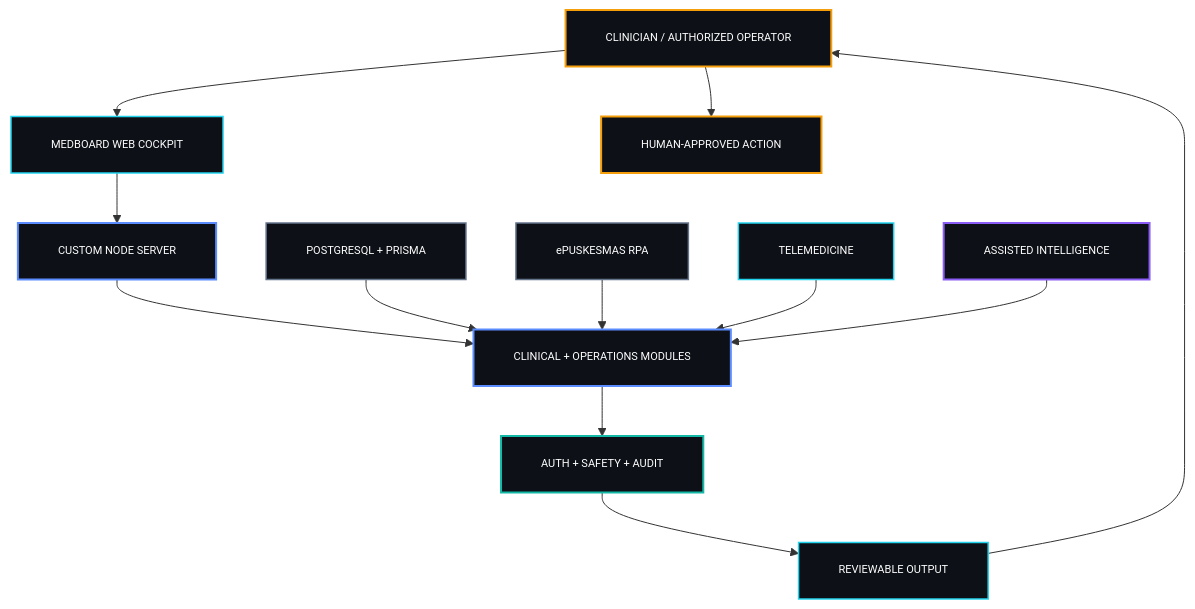
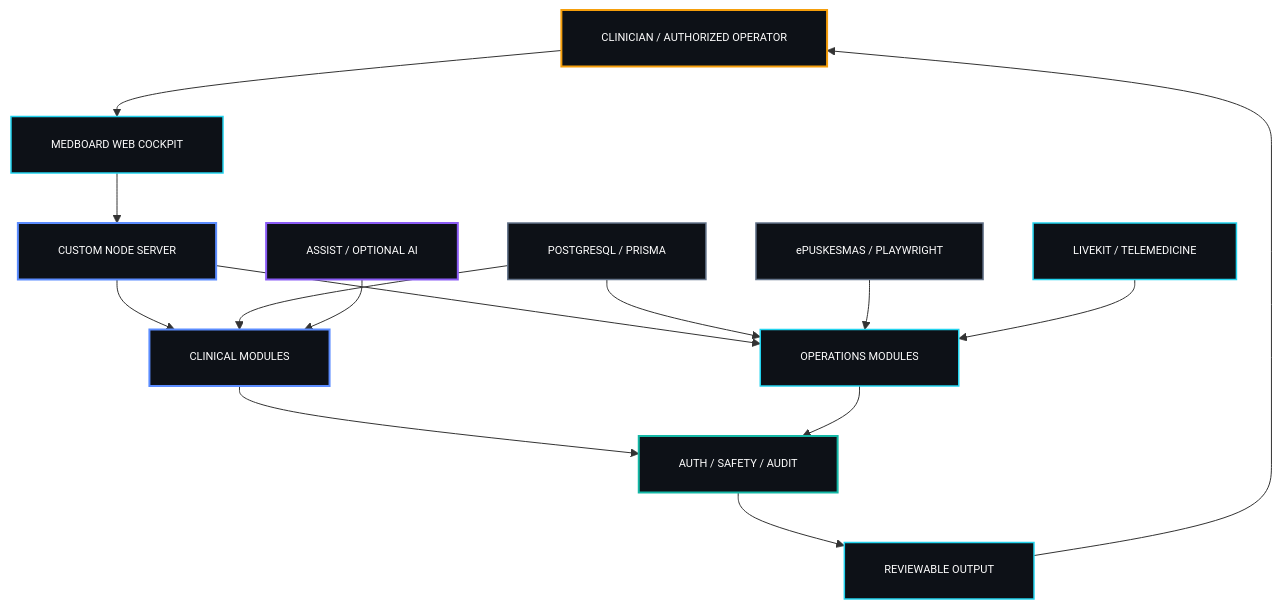
One commit to drferdi/Medboard changed the first of 4 diagrams in README.md. Above: the diagram before and after it, drawn with Mermaid. The commit also changed other lines of this file, not shown here.

````diff
--- a/README.md
+++ b/README.md
@@ -98,41 +112,43 @@
 ```mermaid
 %%{init: {"flowchart": {"htmlLabels": false, "padding": 20}, "themeVariables": {"fontFamily": "monospace", "fontSize": "11px"}}}%%
 flowchart TB
   HUMAN["CLINICIAN / AUTHORIZED OPERATOR"]
-  UI["MEDBOARD WEB COCKPIT"]
+  WEB["MEDBOARD WEB COCKPIT"]
   SERVER["CUSTOM NODE SERVER"]
-  DOMAIN["CLINICAL + OPERATIONS MODULES"]
-  DB["POSTGRESQL + PRISMA"]
-  EMR["ePUSKESMAS RPA"]
-  VIDEO["TELEMEDICINE"]
-  AI["ASSISTED INTELLIGENCE"]
-  GATE["AUTH + SAFETY + AUDIT"]
+  CLIN["CLINICAL MODULES"]
+  OPS["OPERATIONS MODULES"]
+  DATA["POSTGRESQL / PRISMA"]
+  BRIDGE["ePUSKESMAS / PLAYWRIGHT"]
+  TELE["LIVEKIT / TELEMEDICINE"]
+  ASSIST["ASSIST / OPTIONAL AI"]
+  GATE["AUTH / SAFETY / AUDIT"]
   OUT["REVIEWABLE OUTPUT"]
-  ACTION["HUMAN-APPROVED ACTION"]
 
-  HUMAN --> UI
-  UI --> SERVER
-  SERVER --> DOMAIN
-  DB --> DOMAIN
-  EMR --> DOMAIN
-  VIDEO --> DOMAIN
-  AI --> DOMAIN
-  DOMAIN --> GATE
+  HUMAN --> WEB
+  WEB --> SERVER
+  SERVER --> CLIN
+  SERVER --> OPS
+  DATA --> CLIN
+  DATA --> OPS
+  BRIDGE --> OPS
+  TELE --> OPS
+  ASSIST --> CLIN
+  CLIN --> GATE
+  OPS --> GATE
   GATE --> OUT
   OUT --> HUMAN
-  HUMAN --> ACTION
 
   classDef authority fill:#0D1117,stroke:#F59E0B,color:#ffffff,stroke-width:2px;
   classDef agent fill:#0D1117,stroke:#8B5CF6,color:#ffffff,stroke-width:2px;
   classDef control fill:#0D1117,stroke:#14B8A6,color:#ffffff,stroke-width:2px;
   classDef core fill:#0D1117,stroke:#5B8CFF,color:#ffffff,stroke-width:2px;
   classDef shared fill:#0D1117,stroke:#64748B,color:#ffffff,stroke-width:1.5px;
   classDef surface fill:#0D1117,stroke:#22D3EE,color:#ffffff,stroke-width:1.5px;
 
-  class HUMAN,ACTION authority;
-  class AI agent;
+  class HUMAN authority;
+  class ASSIST agent;
   class GATE control;
-  class SERVER,DOMAIN core;
-  class DB,EMR shared;
-  class UI,VIDEO,OUT surface;
+  class SERVER,CLIN core;
+  class DATA,BRIDGE shared;
+  class WEB,OPS,TELE,OUT surface;
 ```
````
